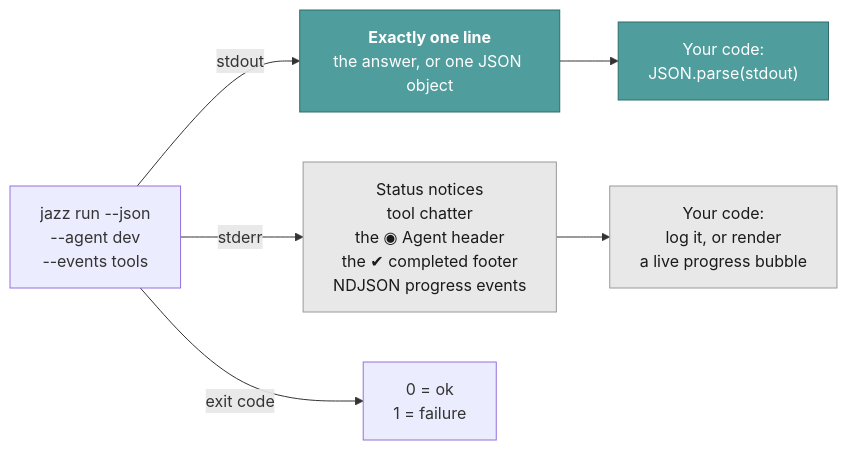
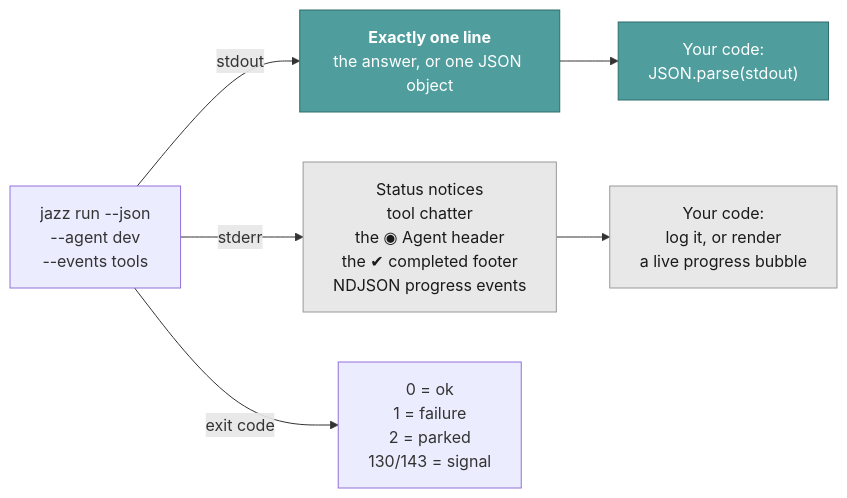
One commit to lvndry/jazz changed the first of 2 diagrams in docs/surfaces/headless.md. Above: the diagram before and after it, drawn with Mermaid. The commit also changed other lines of this file and 2 other files, not shown here.

Commit message:
docs: run exit codes, failure codes, outcome flags, and assumed tool support

````diff
--- a/docs/surfaces/headless.md
+++ b/docs/surfaces/headless.md
@@ -25,16 +25,16 @@
 ```mermaid
 flowchart LR
     RUN["jazz run --json<br/>--agent dev<br/>--events tools"]
 
     RUN -->|stdout| OUT["<b>Exactly one line</b><br/>the answer, or one JSON object"]
     RUN -->|stderr| ERR["Status notices<br/>tool chatter<br/>the ◉ Agent header<br/>the ✔ completed footer<br/>NDJSON progress events"]
-    RUN -->|exit code| CODE["0 = ok<br/>1 = failure"]
+    RUN -->|exit code| CODE["0 = ok<br/>1 = failure<br/>2 = parked<br/>130/143 = signal"]
 
     OUT --> PARSE["Your code:<br/>JSON.parse(stdout)"]
     ERR --> LOG["Your code:<br/>log it, or render<br/>a live progress bubble"]
 
     classDef good fill:#4f9d9d,stroke:#2f6d6d,color:#ffffff
     classDef noise fill:#e8e8e8,stroke:#999999,color:#1a1a1a
     class OUT,PARSE good
     class ERR,LOG noise
 ```
````
